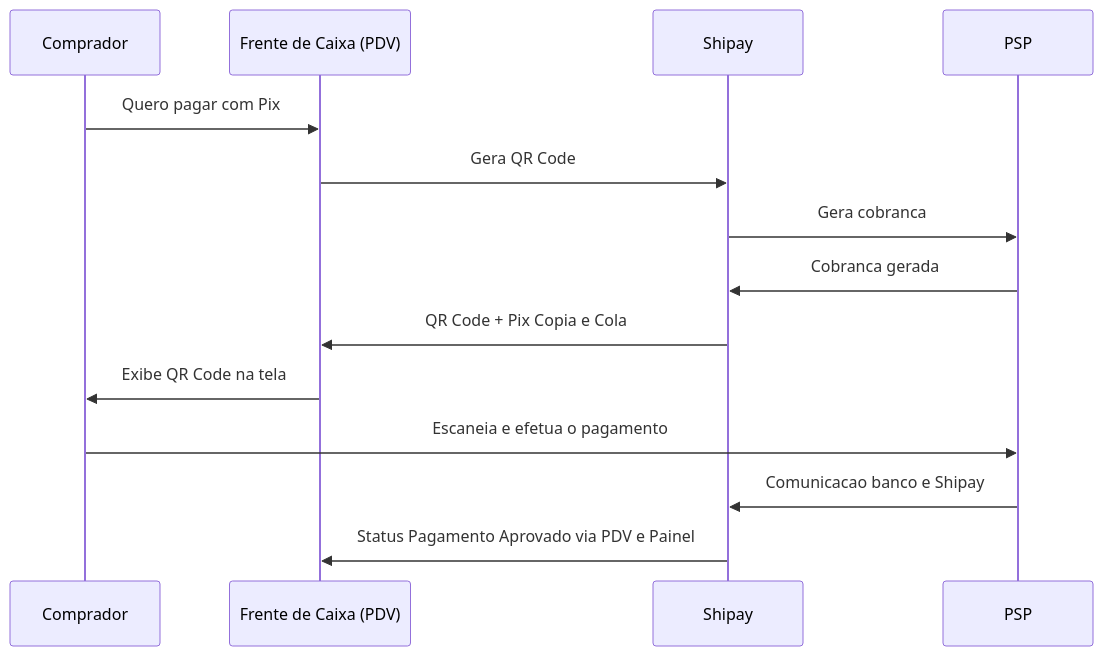
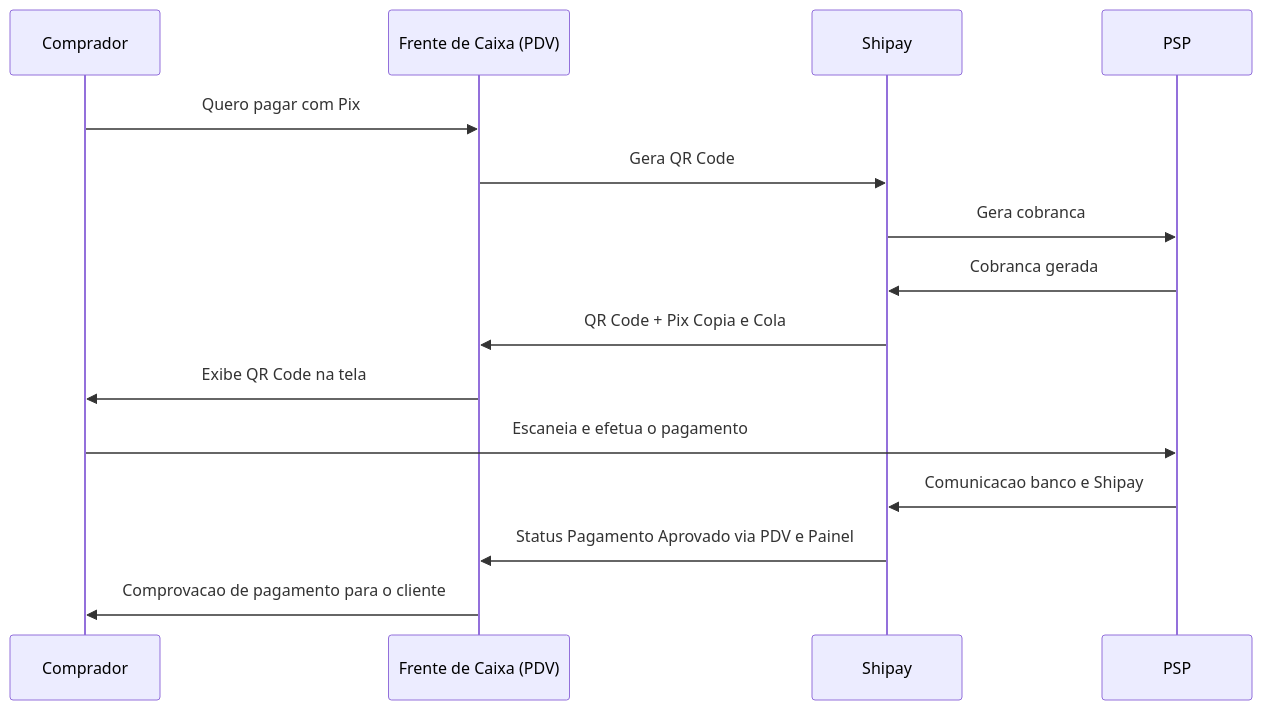
One commit to GabrielBrito60/po-assist-challenge-internal changed the diagram in RESPOSTASTESTE.md. Above: the diagram before and after it, drawn with Mermaid. The commit also changed other lines of this file, not shown here.

````diff
--- a/RESPOSTASTESTE.md
+++ b/RESPOSTASTESTE.md
@@ -31,18 +31,19 @@
 ```mermaid
 sequenceDiagram
     participant Comprador
     participant Frente de Caixa (PDV)
     participant Shipay
     participant PSP
 
     Comprador->>Frente de Caixa (PDV): Quero pagar com Pix
     Frente de Caixa (PDV)->>Shipay: Gera QR Code
     Shipay->>PSP: Gera cobranca
     PSP->>Shipay: Cobranca gerada
     Shipay->>Frente de Caixa (PDV): QR Code + Pix Copia e Cola
     
     Frente de Caixa (PDV)->>Comprador: Exibe QR Code na tela
     Comprador->>PSP: Escaneia e efetua o pagamento
     PSP->>Shipay: Comunicacao banco e Shipay
     Shipay->>Frente de Caixa (PDV): Status Pagamento Aprovado via PDV e Painel
+    Frente de Caixa (PDV)->>Comprador: Comprovacao de pagamento para o cliente
 ```
````
